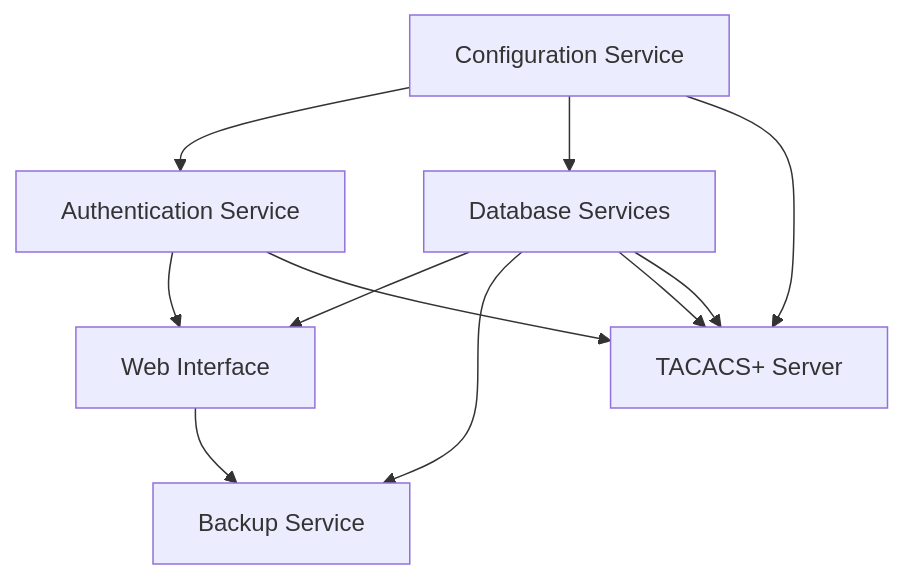
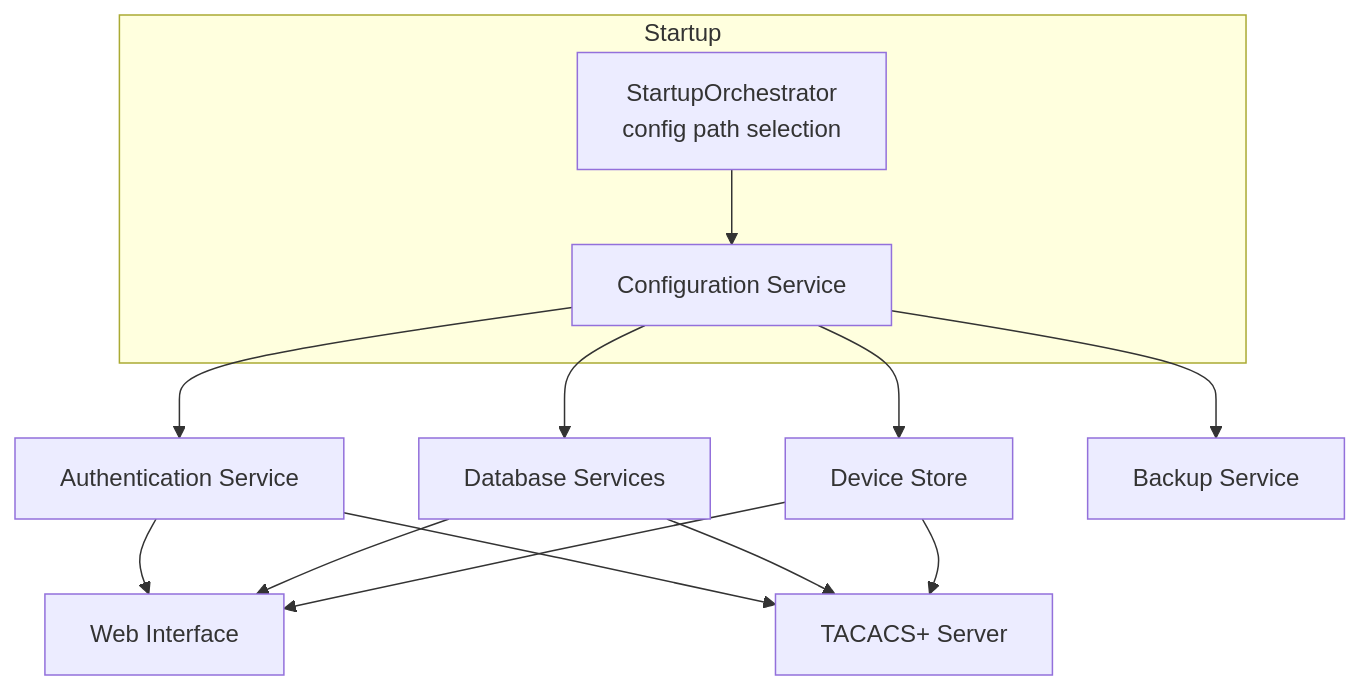
One commit to SaschaSchwarzK/tacacs_server changed the diagram in docs/architecture/00_server_startup.md. Above: the diagram before and after it, drawn with Mermaid. The commit also changed other lines of this file and 11 other files, not shown here.

````diff
--- a/docs/architecture/00_server_startup.md
+++ b/docs/architecture/00_server_startup.md
@@ -38,13 +38,19 @@
 ```mermaid
 graph TD
-    A[Configuration Service] --> B[Authentication Service]
-    A --> C[Database Services]
-    B --> D[Web Interface]
-    C --> D
-    C --> E[Backup Service]
-    C --> F[Device Store]
-    D --> E
-    A --> F[TACACS+ Server]
-    B --> F
-    C --> F
+    subgraph Startup
+        O[StartupOrchestrator<br/>config path selection] --> Cfg[Configuration Service]
+    end
+
+    Cfg --> Auth[Authentication Service]
+    Cfg --> DB[Database Services]
+    Cfg --> Dev[Device Store]
+    Cfg --> Bkp[Backup Service]
+
+    Auth --> Web[Web Interface]
+    DB --> Web
+    Dev --> Web
+
+    Auth --> Tac[TACACS+ Server]
+    DB --> Tac
+    Dev --> Tac
 ```
````
